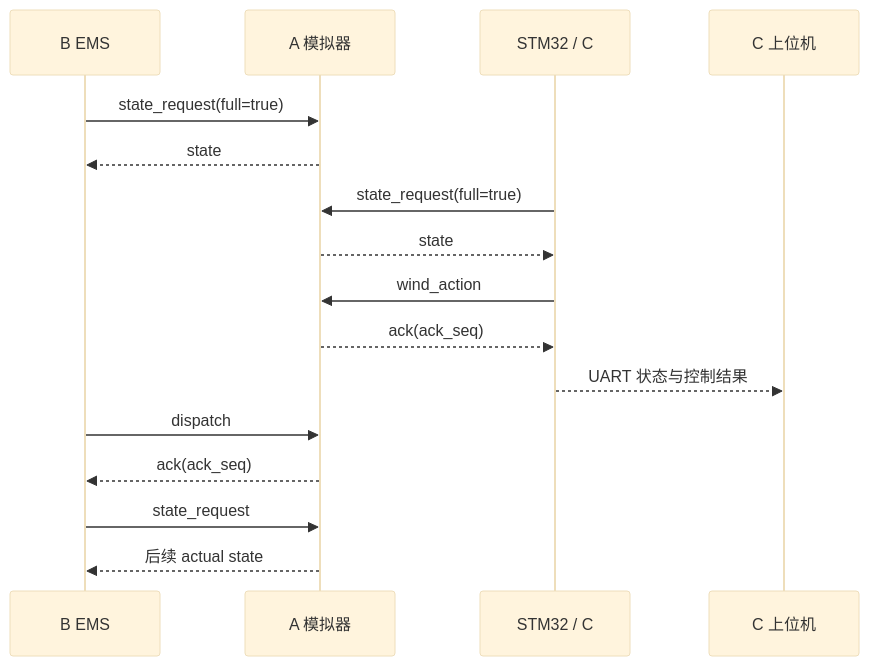
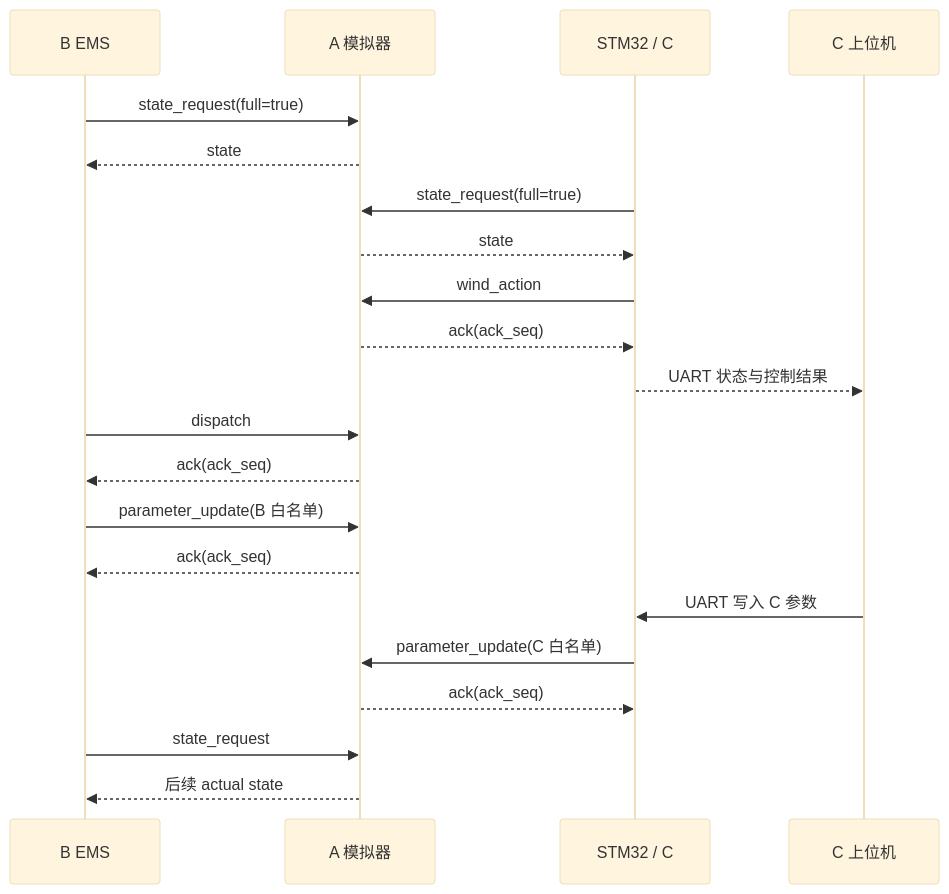
One commit to hansawa17/microgrid-simulation-group6th changed the second of 2 diagrams in docs/tcp-interface-design.md. Above: the diagram before and after it, drawn with Mermaid (base theme). The commit also changed other lines of this file and 21 other files, not shown here.

````diff
--- a/docs/tcp-interface-design.md
+++ b/docs/tcp-interface-design.md
@@ -224,19 +258,24 @@
 ```mermaid
 sequenceDiagram
     participant B as B EMS
     participant A as A 模拟器
     participant M as STM32 / C
     participant H as C 上位机
 
     B->>A: state_request(full=true)
     A-->>B: state
     M->>A: state_request(full=true)
     A-->>M: state
     M->>A: wind_action
     A-->>M: ack(ack_seq)
     M-->>H: UART 状态与控制结果
     B->>A: dispatch
     A-->>B: ack(ack_seq)
+    B->>A: parameter_update(B 白名单)
+    A-->>B: ack(ack_seq)
+    H->>M: UART 写入 C 参数
+    M->>A: parameter_update(C 白名单)
+    A-->>M: ack(ack_seq)
     B->>A: state_request
     A-->>B: 后续 actual state
 ```
````
